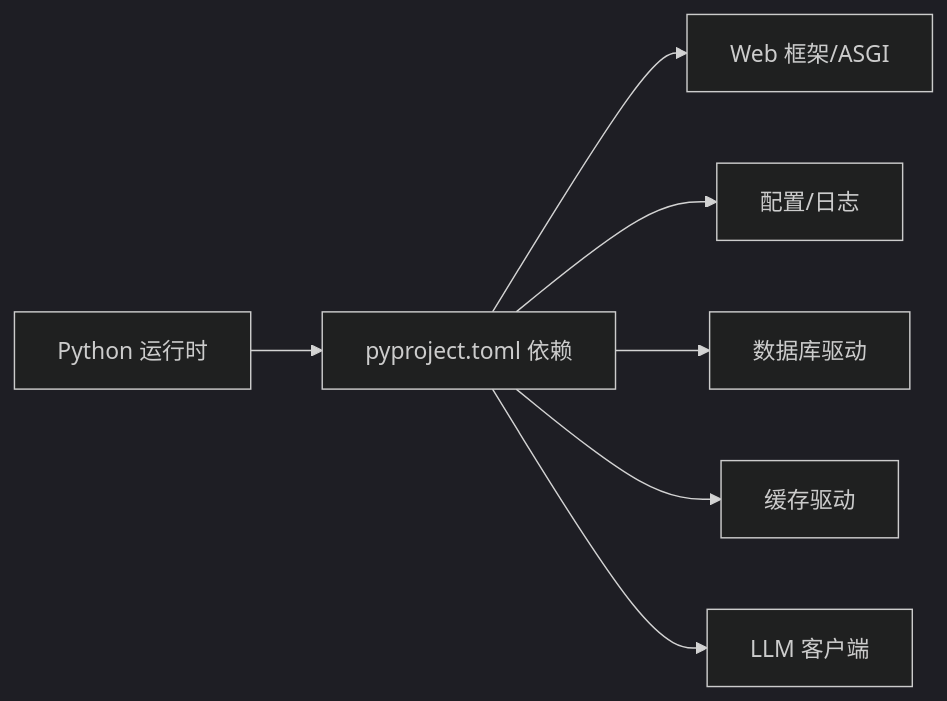
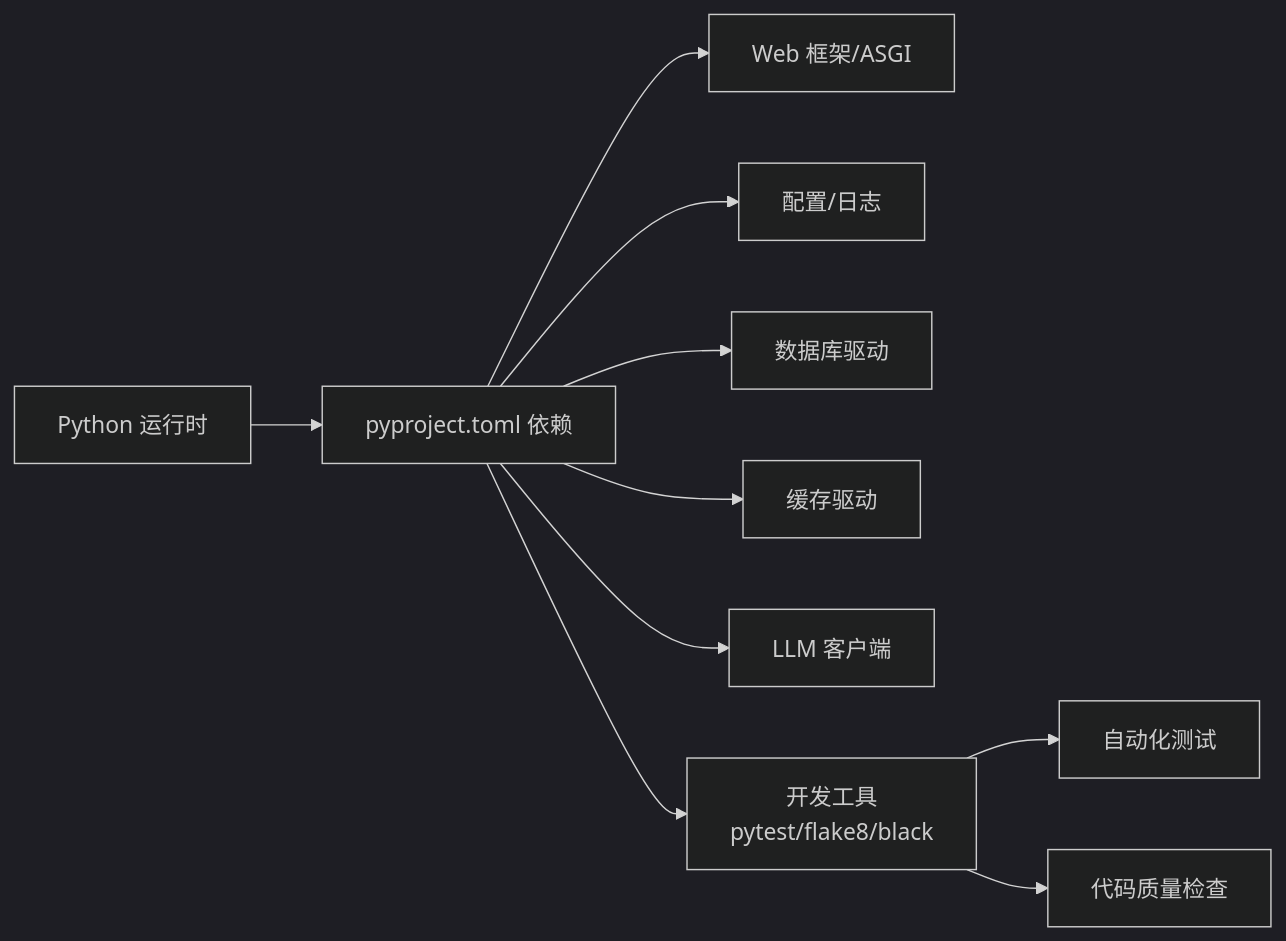
The seventh of 10 diagrams in .qoder/repowiki/zh/content/部署指南/部署指南.md (HengLine/tool-shot-agent), drawn with Mermaid (dark theme) before and after one commit. The commit also changed other lines of this file and 9 other files, not shown here.

````diff
--- a/.qoder/repowiki/zh/content/部署指南/部署指南.md
+++ b/.qoder/repowiki/zh/content/部署指南/部署指南.md
@@ -315,9 +352,12 @@
 ```mermaid
 graph LR
 PY["Python 运行时"] --> PKG["pyproject.toml 依赖"]
 PKG --> WEB["Web 框架/ASGI"]
 PKG --> CFG["配置/日志"]
 PKG --> DB["数据库驱动"]
 PKG --> CACHE["缓存驱动"]
 PKG --> LLM["LLM 客户端"]
+PKG --> DEV["开发工具<br/>pytest/flake8/black"]
+DEV --> TEST["自动化测试"]
+DEV --> LINT["代码质量检查"]
 ```
````
